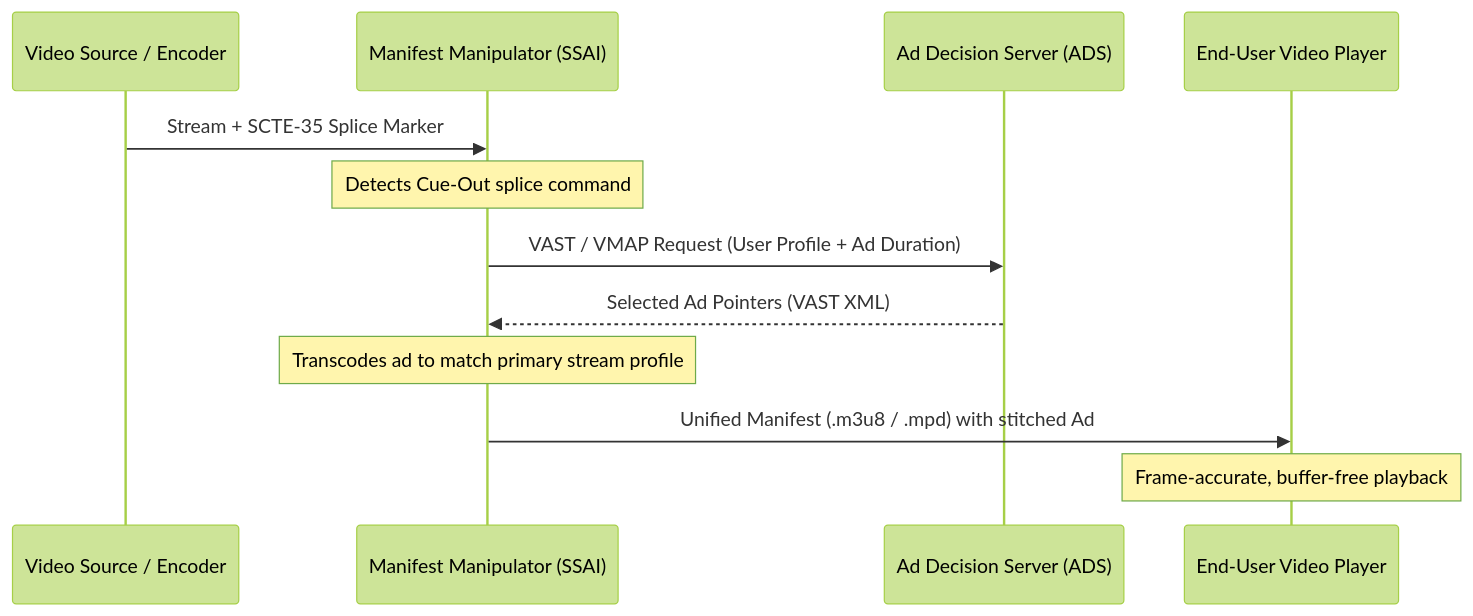
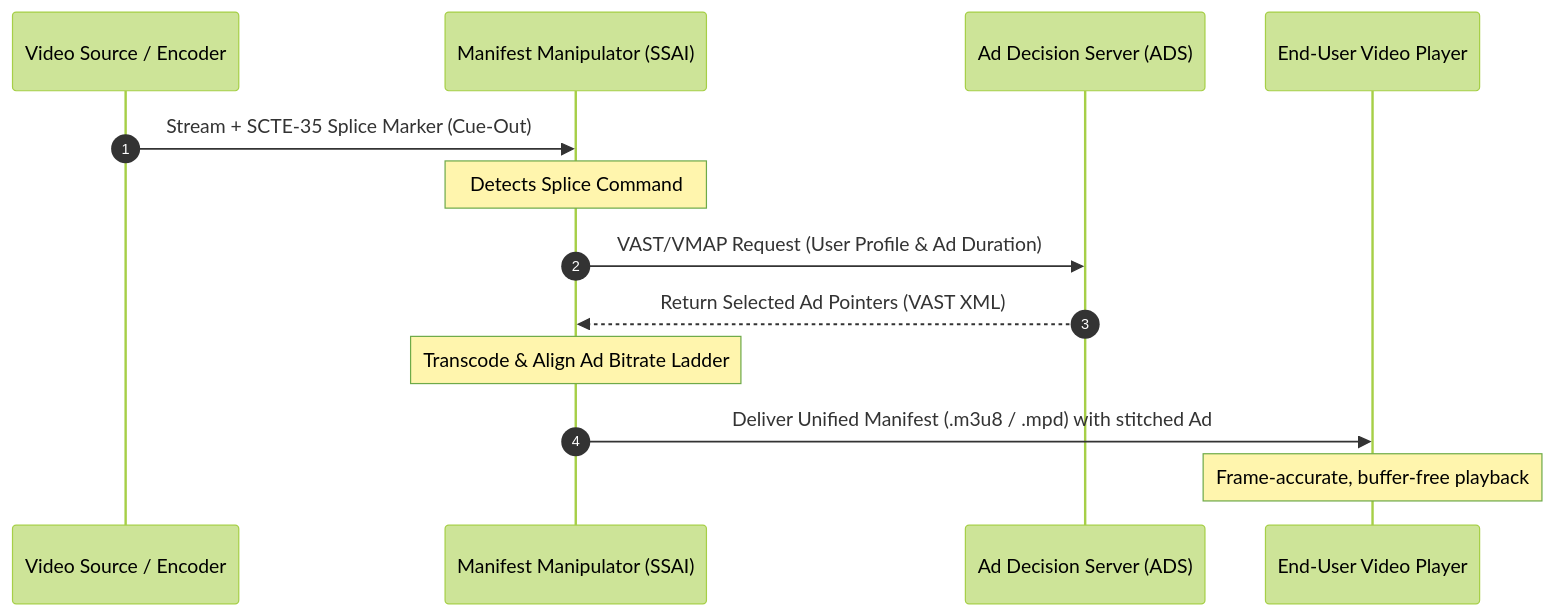
One commit to DevelopersCoffee/airo changed the second of 2 diagrams in docs/iptv-research.md. Above: the diagram before and after it, drawn with Mermaid (forest theme). The commit also changed other lines of this file and 1 other file, not shown here.

Commit message:
docs: replace image with native Mermaid vector diagrams [skip ci]

````diff
--- a/docs/iptv-research.md
+++ b/docs/iptv-research.md
@@ -93,15 +137,16 @@
-```mermaid
+<div class="mermaid">
 sequenceDiagram
+    autonumber
     participant Source as Video Source / Encoder
     participant SSAI as Manifest Manipulator (SSAI)
     participant ADS as Ad Decision Server (ADS)
     participant Client as End-User Video Player
 
-    Source->>SSAI: Stream + SCTE-35 Splice Marker
-    Note over SSAI: Detects Cue-Out splice command
-    SSAI->>ADS: VAST / VMAP Request (User Profile + Ad Duration)
-    ADS-->>SSAI: Selected Ad Pointers (VAST XML)
-    Note over SSAI: Transcodes ad to match primary stream profile
-    SSAI->>Client: Unified Manifest (.m3u8 / .mpd) with stitched Ad
+    Source->>SSAI: Stream + SCTE-35 Splice Marker (Cue-Out)
+    Note over SSAI: Detects Splice Command
+    SSAI->>ADS: VAST/VMAP Request (User Profile & Ad Duration)
+    ADS-->>SSAI: Return Selected Ad Pointers (VAST XML)
+    Note over SSAI: Transcode & Align Ad Bitrate Ladder
+    SSAI->>Client: Deliver Unified Manifest (.m3u8 / .mpd) with stitched Ad
     Note over Client: Frame-accurate, buffer-free playback
-```
+</div>
````
